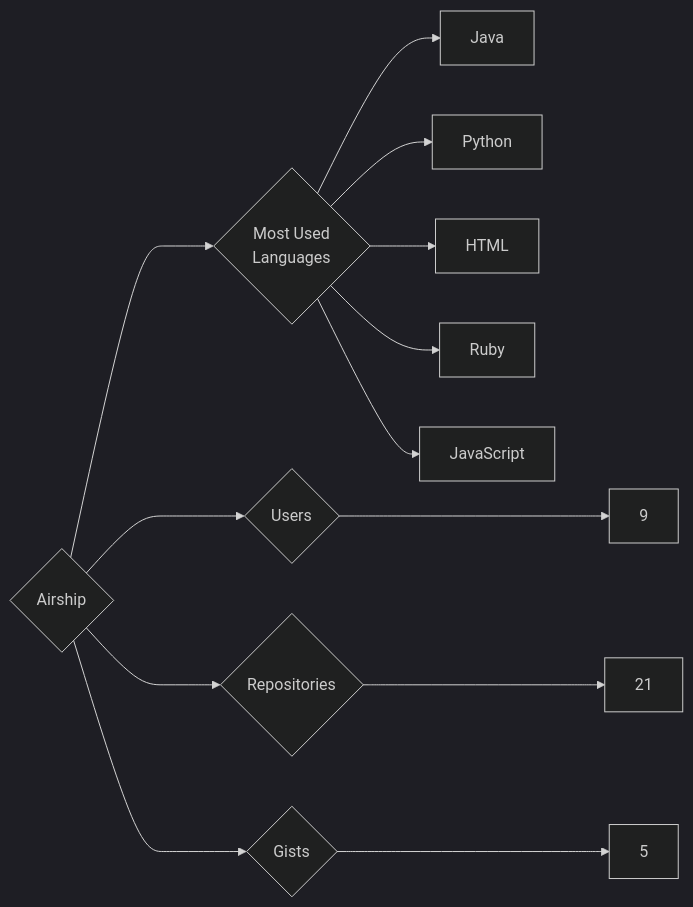
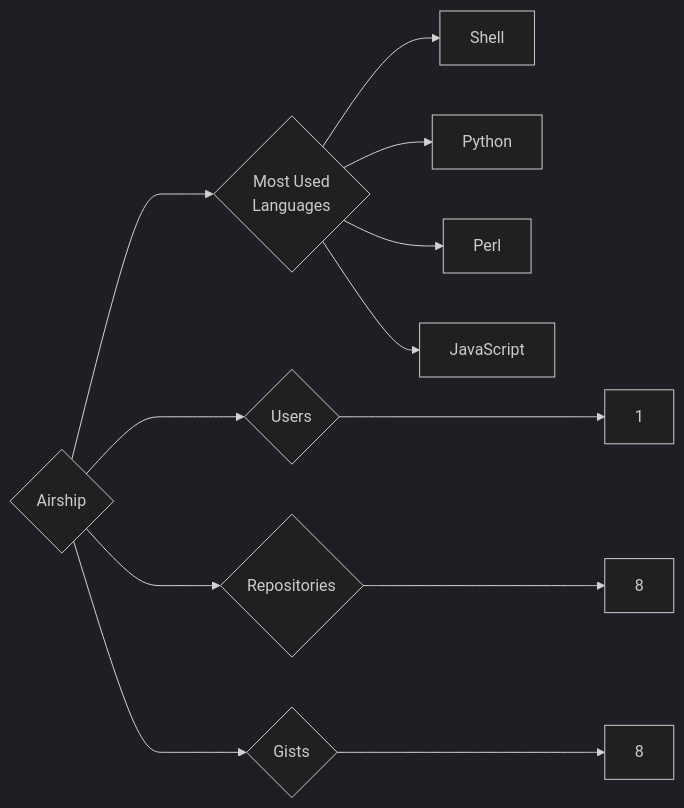
The diagram in targets/Airship/README.md (trickest/insiders), drawn with Mermaid (dark theme) before and after one commit. The commit also changed 714 other files, not shown here.

````diff
--- a/targets/Airship/README.md
+++ b/targets/Airship/README.md
@@ -3,13 +3,12 @@
 ```mermaid
 graph LR
 COMPANY_NAME{Airship}
-COMPANY_NAME ---> U{Users} ---> UN[9]
-COMPANY_NAME ---> R{Repositories} ---> RN[21]
-COMPANY_NAME ---> G{Gists} ---> GN[5]
+COMPANY_NAME ---> U{Users} ---> UN[1]
+COMPANY_NAME ---> R{Repositories} ---> RN[8]
+COMPANY_NAME ---> G{Gists} ---> GN[8]
 COMPANY_NAME ---> ML{Most Used<br>Languages}
-ML --> Java[Java]
+ML --> Shell[Shell]
 ML --> Python[Python]
-ML --> HTML[HTML]
-ML --> Ruby[Ruby]
+ML --> Perl[Perl]
 ML --> JavaScript[JavaScript]
 ```
````
